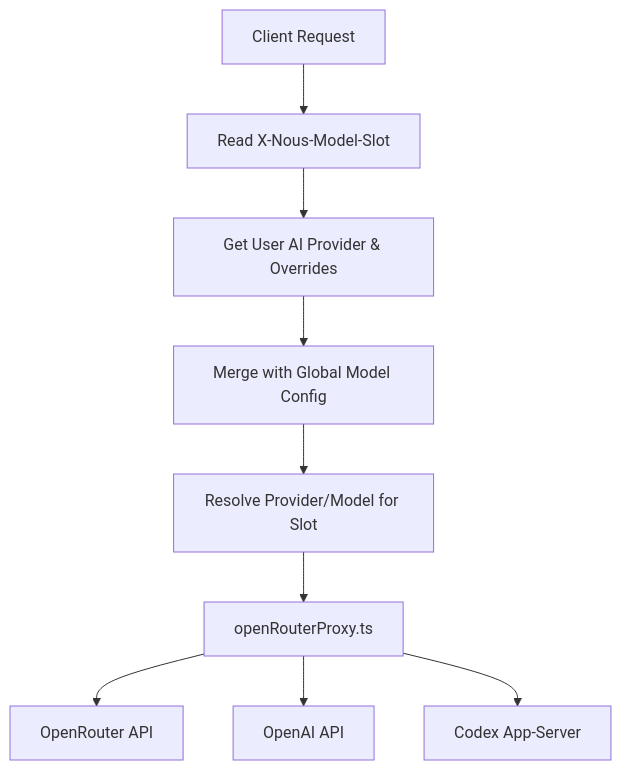
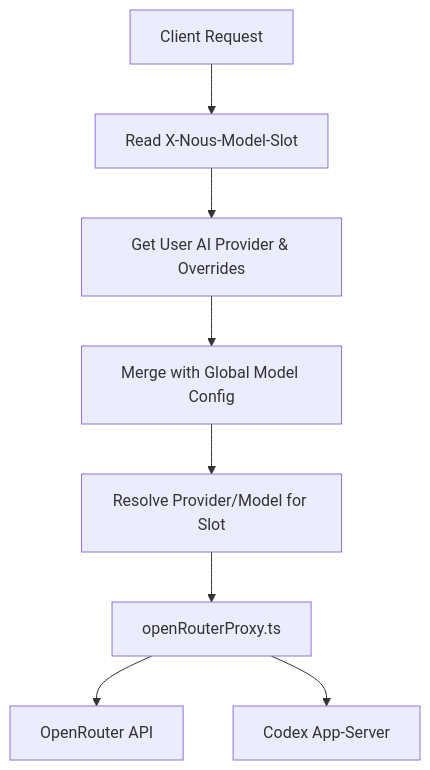
The diagram in .cubic/wiki/07-section-ai/01-p-ai-providers.md (immagiov4/Nous), drawn with Mermaid before and after one commit. The commit also changed other lines of this file and 52 other files, not shown here.

````diff
--- a/.cubic/wiki/07-section-ai/01-p-ai-providers.md
+++ b/.cubic/wiki/07-section-ai/01-p-ai-providers.md
@@ -32,11 +32,10 @@
 ```mermaid
 flowchart TD
     Req[Client Request] --> Slot[Read X-Nous-Model-Slot]
     Slot --> UserCfg[Get User AI Provider & Overrides]
     UserCfg --> GlobalCfg[Merge with Global Model Config]
     GlobalCfg --> Resolve[Resolve Provider/Model for Slot]
     Resolve --> Proxy[openRouterProxy.ts]
     Proxy --> OR[OpenRouter API]
-    Proxy --> OAI[OpenAI API]
     Proxy --> CDX[Codex App-Server]
 ```
````
